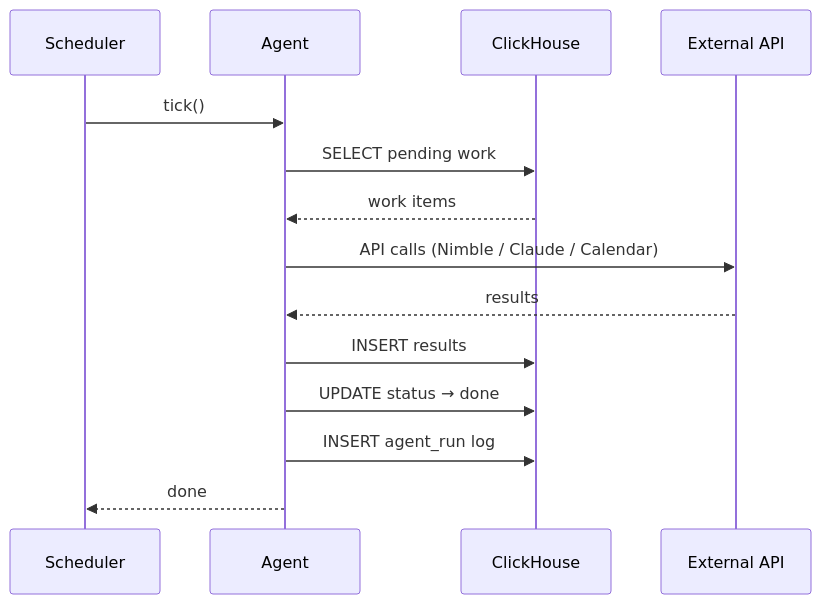
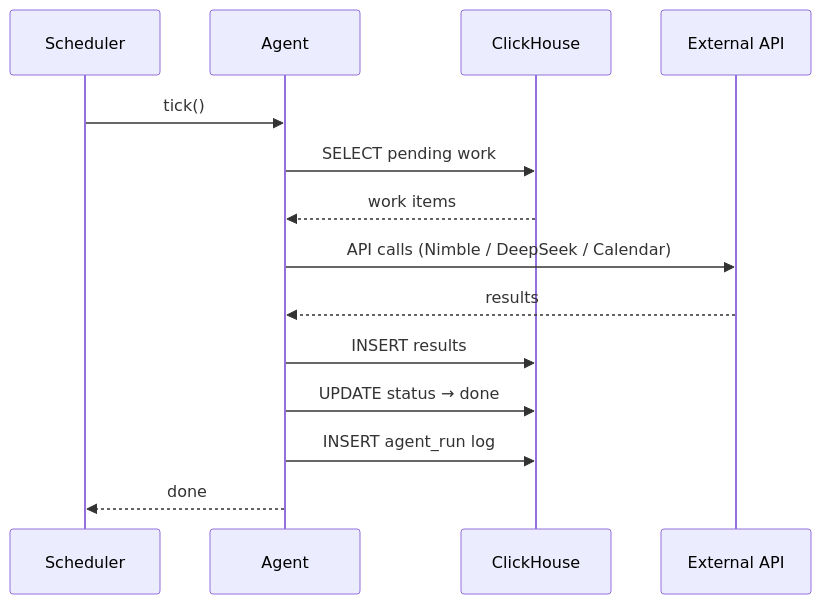
The second of 5 diagrams in README.md (palc2/event-recommender), drawn with Mermaid before and after one commit. The commit also changed other lines of this file and 15 other files, not shown here.

````diff
--- a/README.md
+++ b/README.md
@@ -66,17 +66,17 @@
 ```mermaid
 sequenceDiagram
     participant S as Scheduler
     participant A as Agent
     participant CH as ClickHouse
     participant EXT as External API
 
     S->>A: tick()
     A->>CH: SELECT pending work
     CH-->>A: work items
-    A->>EXT: API calls (Nimble / Claude / Calendar)
+    A->>EXT: API calls (Nimble / DeepSeek / Calendar)
     EXT-->>A: results
     A->>CH: INSERT results
     A->>CH: UPDATE status → done
     A->>CH: INSERT agent_run log
     A-->>S: done
 ```
````
